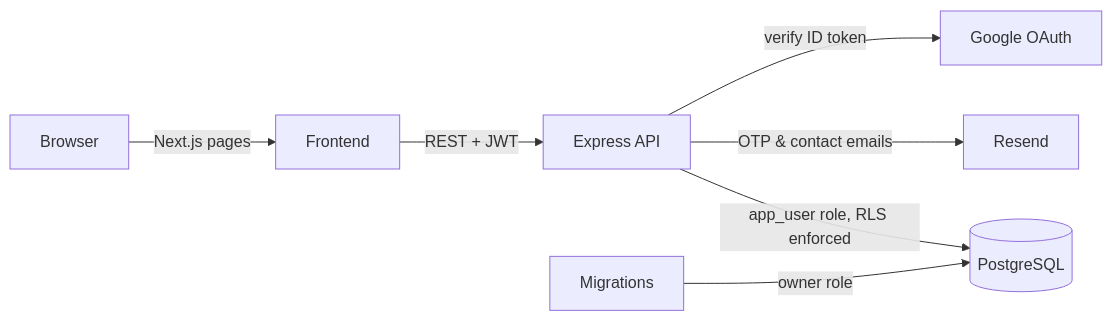
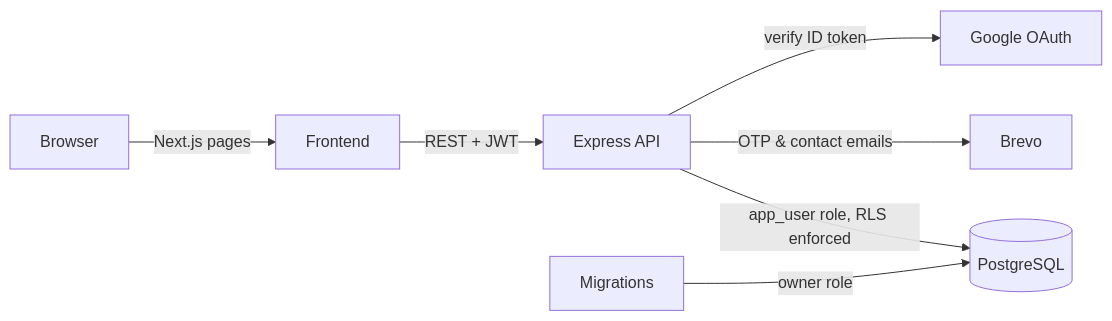
Before and after one commit to Kamran4074/rooMates: the diagram in README.md, drawn with Mermaid. The commit also changed other lines of this file and 78 other files, not shown here.

````diff
--- a/README.md
+++ b/README.md
@@ -48,9 +48,9 @@
 ```mermaid
 flowchart LR
     U[Browser] -->|Next.js pages| FE[Frontend]
     FE -->|REST + JWT| API[Express API]
     API -->|app_user role, RLS enforced| DB[(PostgreSQL)]
-    API -->|OTP & contact emails| RS[Resend]
+    API -->|OTP & contact emails| RS[Brevo]
     API -->|verify ID token| G[Google OAuth]
     MIG[Migrations] -->|owner role| DB
 ```
````
